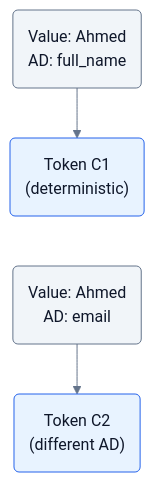
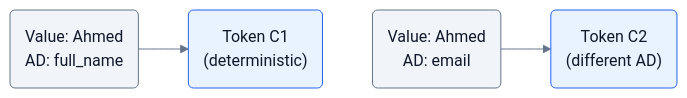
One commit to kkirko/PII-Masking-Service changed the second of 5 diagrams in README.md. Above: the diagram before and after it, drawn with Mermaid. The commit also changed 1 other file, not shown here.

Commit message:
Docs: make AEAD domain-separation diagram horizontal

````diff
--- a/README.md
+++ b/README.md
@@ -95,11 +95,11 @@
 ```mermaid
 %%{init: {"theme":"base","themeVariables":{"fontFamily":"ui-sans-serif, system-ui, -apple-system, Segoe UI, Roboto, Arial","primaryTextColor":"#0f172a","lineColor":"#64748b","primaryColor":"#ffffff","secondaryColor":"#f1f5f9"}}}%%
-flowchart TB
+flowchart LR
   classDef src fill:#f1f5f9,stroke:#64748b,stroke-width:1px,color:#0f172a;
   classDef tok fill:#e8f3ff,stroke:#2563eb,stroke-width:1px,color:#0f172a;
   A("Value: Ahmed<br/>AD: full_name"):::src --> B("Token C1<br/>(deterministic)"):::tok
   C("Value: Ahmed<br/>AD: email"):::src --> D("Token C2<br/>(different AD)"):::tok
   B --> C
 
   linkStyle 2 stroke:transparent,fill:transparent,opacity:0;
 ```
````
